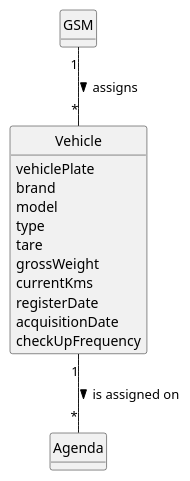
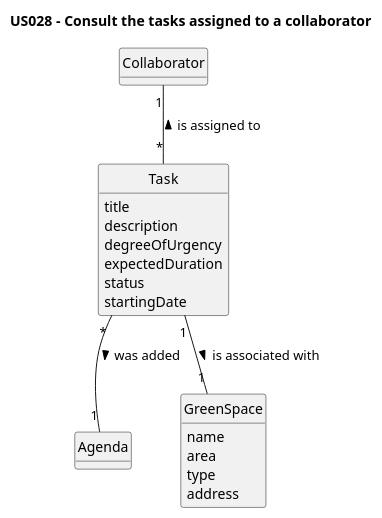
Before and after one commit to Departamento-de-Engenharia-Informatica/lei-24-s2-1dm-g132: the diagram in docs/sprintC/us028/02.analysis/puml/us028-domain-model.puml, drawn with PlantUML. The commit also changed 3 other files, not shown here.

```diff
--- a/docs/sprintC/us028/02.analysis/puml/us028-domain-model.puml
+++ b/docs/sprintC/us028/02.analysis/puml/us028-domain-model.puml
@@ -1,33 +1,40 @@
 @startuml
 skinparam monochrome true
 skinparam packageStyle rectangle
 skinparam shadowing false
 
 skinparam classAttributeIconSize 0
 
 hide circle
 hide methods
 
+title US028 - Consult the tasks assigned to a collaborator
 
-class GSM {
+class Collaborator {
 }
+
 class Agenda {
 }
 
-class Vehicle {
-      vehiclePlate
-      brand
-      model
-      type
-      tare
-      grossWeight
-      currentKms
-      registerDate
-      acquisitionDate
-      checkUpFrequency
+class Task {
+    title
+    description
+    degreeOfUrgency
+    expectedDuration
+    status
+    startingDate
+}
 
+class GreenSpace {
+    name
+    area
+    type
+    address
 }
-GSM "1" -- "*" Vehicle : assigns >
-Vehicle "1" -- "*" Agenda : > is assigned on
+
+
+Task "*" -- "1" Agenda : was added >
+Task "1" -- "1" GreenSpace : is associated with >
+Collaborator "1" -- "*" Task : is assigned to <
 
 @enduml
```
